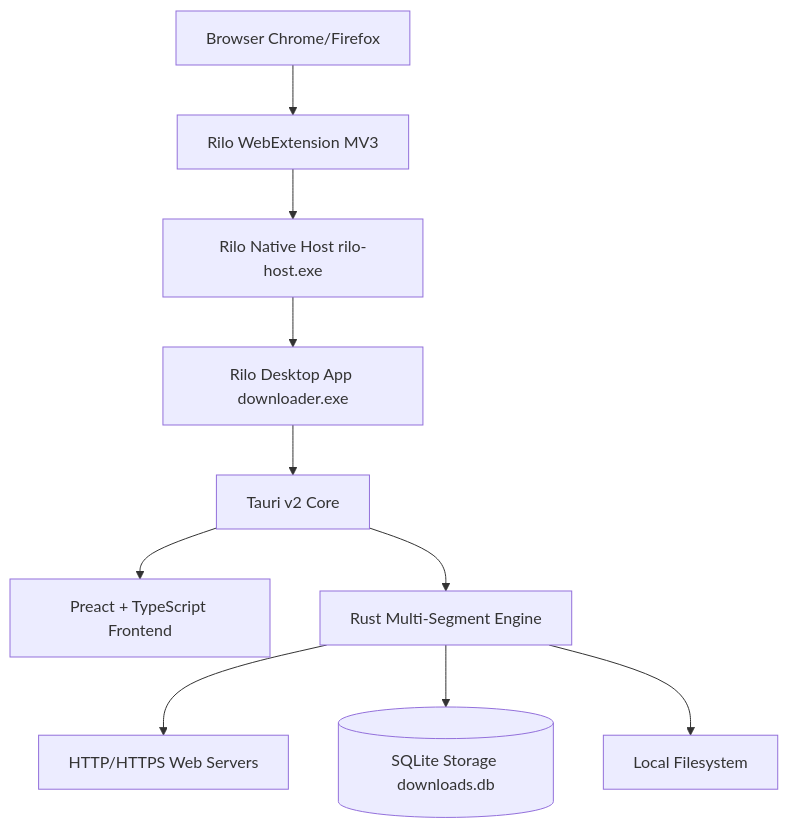
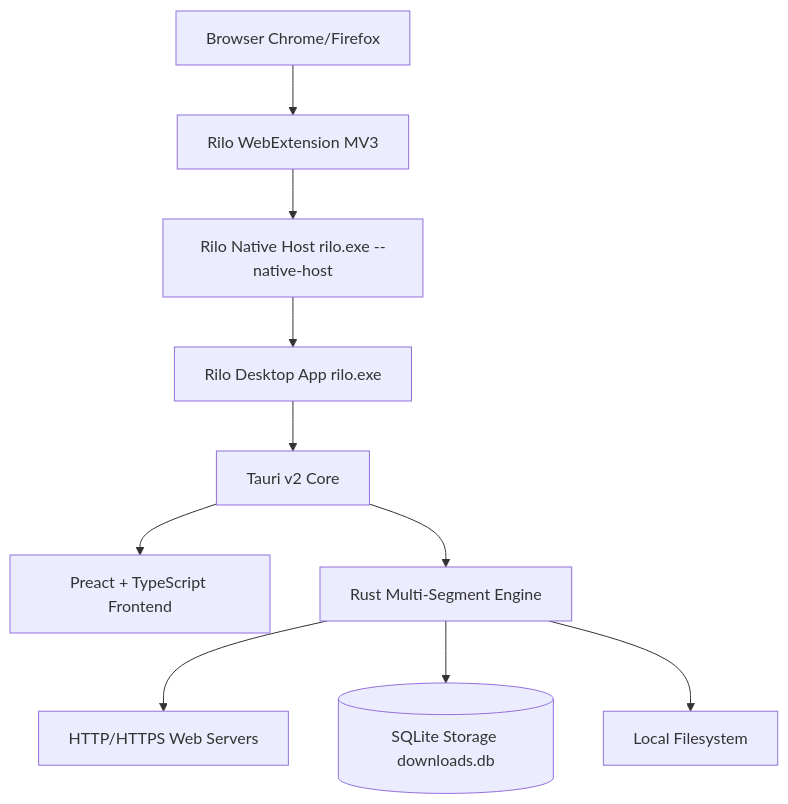
The diagram in README.md (kmanisk/rilo), drawn with Mermaid before and after one commit. The commit also changed other lines of this file and 9 other files, not shown here.

Commit message:
Merge native host binary into single rilo.exe with dual GUI/native-host mode

````diff
--- a/README.md
+++ b/README.md
@@ -53,23 +53,23 @@
 ```mermaid
 flowchart TB
     Browser[Browser Chrome/Firefox]
     Extension[Rilo WebExtension MV3]
-    Host[Rilo Native Host rilo-host.exe]
-    App[Rilo Desktop App downloader.exe]
+    Host[Rilo Native Host rilo.exe --native-host]
+    App[Rilo Desktop App rilo.exe]
     UI[Preact + TypeScript Frontend]
     Tauri[Tauri v2 Core]
     Engine[Rust Multi-Segment Engine]
     DB[(SQLite Storage downloads.db)]
     Network[HTTP/HTTPS Web Servers]
     FS[Local Filesystem]
 
     Browser --> Extension
     Extension --> Host
     Host --> App
     App --> Tauri
     Tauri --> UI
     Tauri --> Engine
     Engine --> Network
     Engine --> DB
     Engine --> FS
 ```
````
